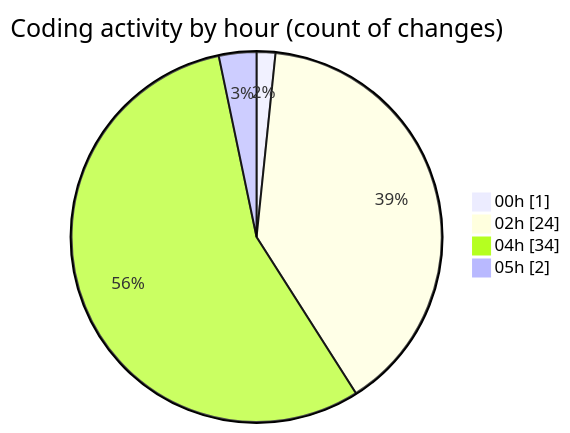
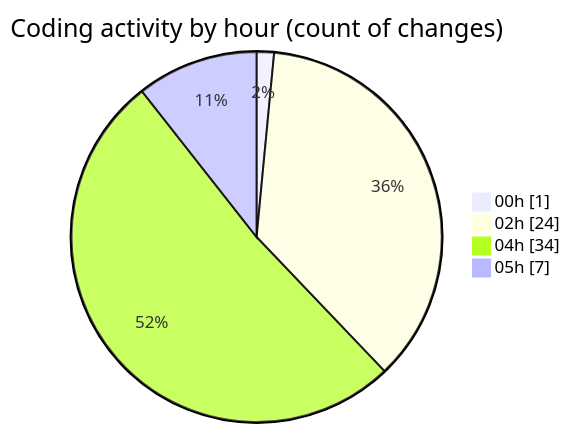
The second of 2 diagrams in 2025-11-23/eventscop-api-guide__workspace_/README.md (julien-gomy/code-tracking), drawn with Mermaid before and after one commit. The commit also changed other lines of this file and 1 other file, not shown here.

````diff
--- a/2025-11-23/eventscop-api-guide__workspace_/README.md
+++ b/2025-11-23/eventscop-api-guide__workspace_/README.md
@@ -38,8 +38,8 @@
 ```mermaid
 pie showData
 title Coding activity by hour (count of changes)
 "00h" : 1
 "02h" : 24
 "04h" : 34
-"05h" : 2
+"05h" : 7
 ```
````
